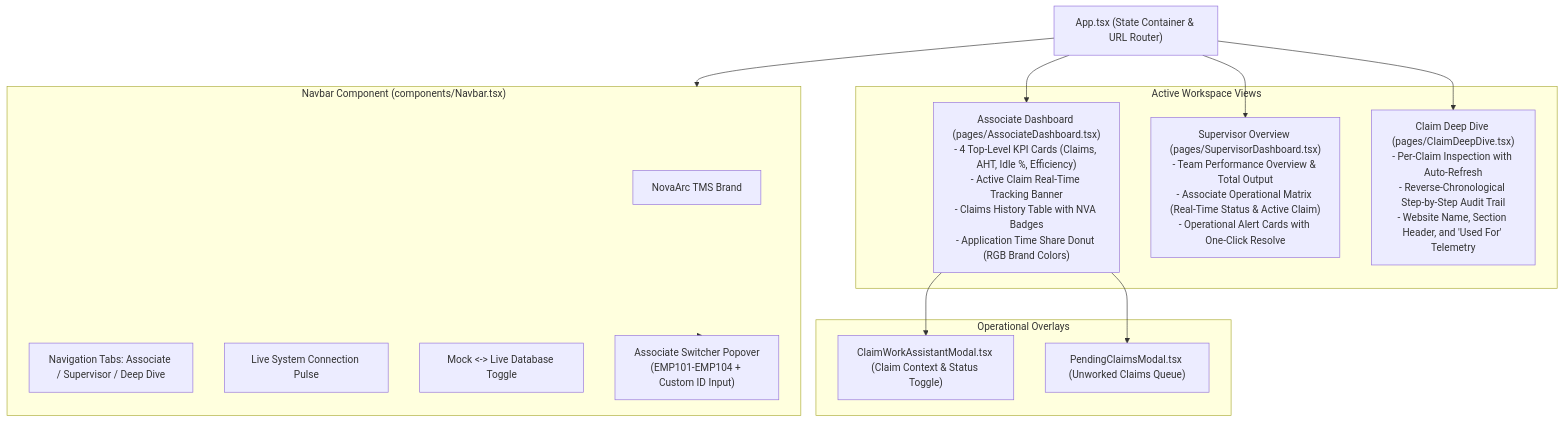
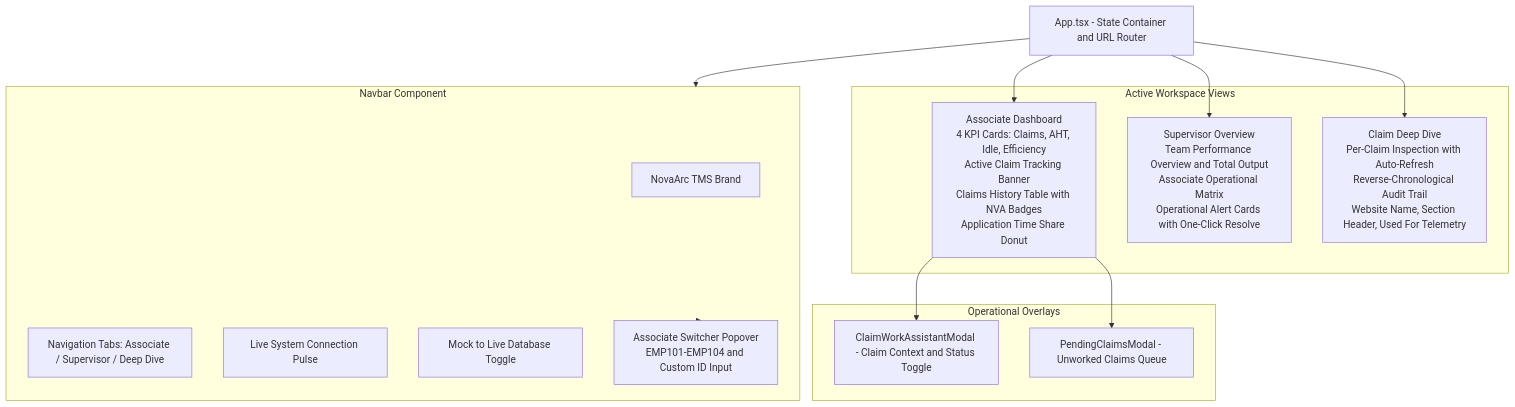
One commit to Gokul2004-ne/TMS changed the seventh of 7 diagrams in ARCHITECTURE.md. Above: the diagram before and after it, drawn with Mermaid. The commit also changed other lines of this file and 1 other file, not shown here.

Commit message:
docs: fix GitHub Mermaid rendering in README.md and ARCHITECTURE.md

````diff
--- a/ARCHITECTURE.md
+++ b/ARCHITECTURE.md
@@ -528,28 +535,31 @@
 ```mermaid
 flowchart TD
-    App["App.tsx (State Container & URL Router)"]
-    
-    subgraph Navigation ["Navbar Component (components/Navbar.tsx)"]
+    App["App.tsx - State Container and URL Router"]
+
+    subgraph Navigation ["Navbar Component"]
         Brand["NovaArc TMS Brand"]
         Tabs["Navigation Tabs: Associate / Supervisor / Deep Dive"]
         LivePulse["Live System Connection Pulse"]
-        DBToggle["Mock <-> Live Database Toggle"]
-        Switcher["Associate Switcher Popover\n(EMP101-EMP104 + Custom ID Input)"]
+        DBToggle["Mock to Live Database Toggle"]
+        Switcher["Associate Switcher Popover<br>EMP101-EMP104 and Custom ID Input"]
     end
 
     subgraph Pages ["Active Workspace Views"]
-        P1["Associate Dashboard (pages/AssociateDashboard.tsx)\n- 4 Top-Level KPI Cards (Claims, AHT, Idle %, Efficiency)\n- Active Claim Real-Time Tracking Banner\n- Claims History Table with NVA Badges\n- Application Time Share Donut (RGB Brand Colors)"]
-        P2["Supervisor Overview (pages/SupervisorDashboard.tsx)\n- Team Performance Overview & Total Output\n- Associate Operational Matrix (Real-Time Status & Active Claim)\n- Operational Alert Cards with One-Click Resolve"]
-        P3["Claim Deep Dive (pages/ClaimDeepDive.tsx)\n- Per-Claim Inspection with Auto-Refresh\n- Reverse-Chronological Step-by-Step Audit Trail\n- Website Name, Section Header, and 'Used For' Telemetry"]
+        P1["Associate Dashboard<br>4 KPI Cards: Claims, AHT, Idle, Efficiency<br>Active Claim Tracking Banner<br>Claims History Table with NVA Badges<br>Application Time Share Donut"]
+        P2["Supervisor Overview<br>Team Performance Overview and Total Output<br>Associate Operational Matrix<br>Operational Alert Cards with One-Click Resolve"]
+        P3["Claim Deep Dive<br>Per-Claim Inspection with Auto-Refresh<br>Reverse-Chronological Audit Trail<br>Website Name, Section Header, Used For Telemetry"]
     end
 
     subgraph Modals ["Operational Overlays"]
-        M1["ClaimWorkAssistantModal.tsx (Claim Context & Status Toggle)"]
-        M2["PendingClaimsModal.tsx (Unworked Claims Queue)"]
+        M1["ClaimWorkAssistantModal - Claim Context and Status Toggle"]
+        M2["PendingClaimsModal - Unworked Claims Queue"]
     end
 
     App --> Navigation
     Navigation --> Switcher
-    App --> P1 & P2 & P3
-    P1 --> M1 & M2
+    App --> P1
+    App --> P2
+    App --> P3
+    P1 --> M1
+    P1 --> M2
 ```
````
